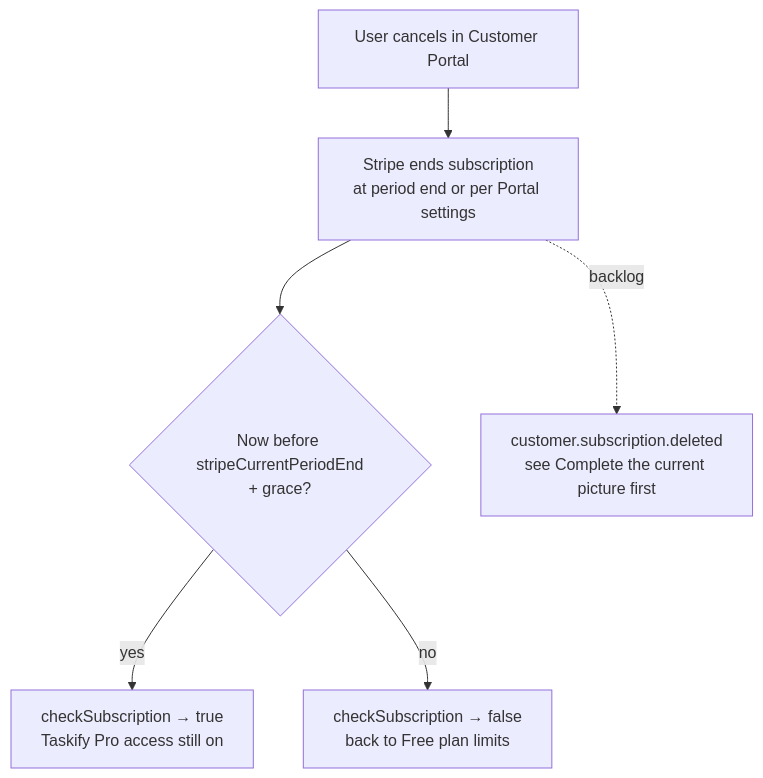
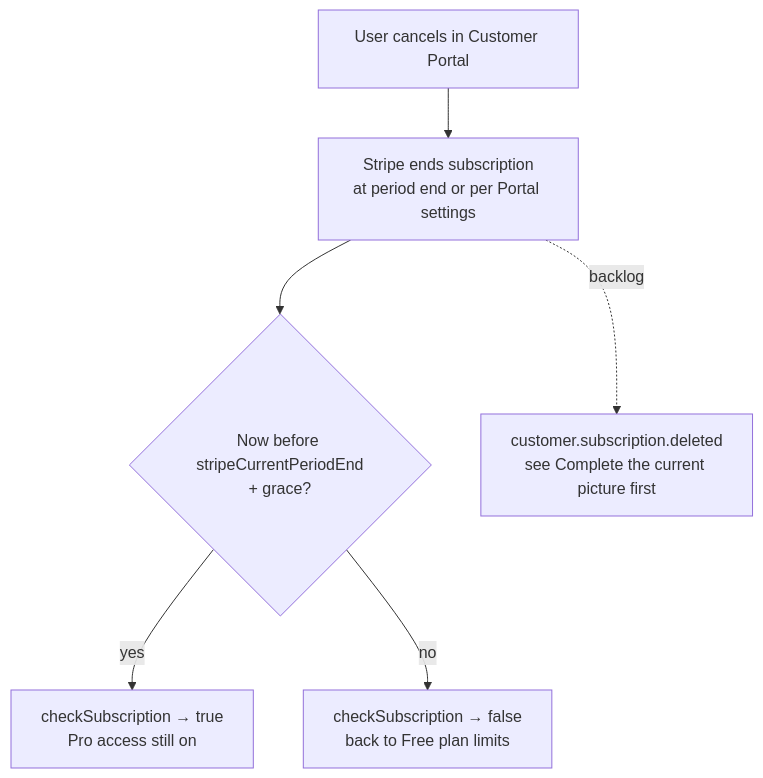
One commit to manhcuongdtbk/taskify changed the seventh of 7 diagrams in docs/stripe.md. Above: the diagram before and after it, drawn with Mermaid. The commit also changed other lines of this file and 15 other files, not shown here.

````diff
--- a/docs/stripe.md
+++ b/docs/stripe.md
@@ -357,8 +357,8 @@
 ```mermaid
 flowchart TD
   User["User cancels in Customer Portal"] --> Stripe["Stripe ends subscription<br/>at period end or per Portal settings"]
   Stripe --> Period{"Now before stripeCurrentPeriodEnd<br/>+ grace?"}
-  Period -->|yes| Pro["checkSubscription → true<br/>Taskify Pro access still on"]
+  Period -->|yes| Pro["checkSubscription → true<br/>Pro access still on"]
   Period -->|no| Free["checkSubscription → false<br/>back to Free plan limits"]
   Stripe -.->|backlog| Del["customer.subscription.deleted<br/>see Complete the current picture first"]
 ```
````
